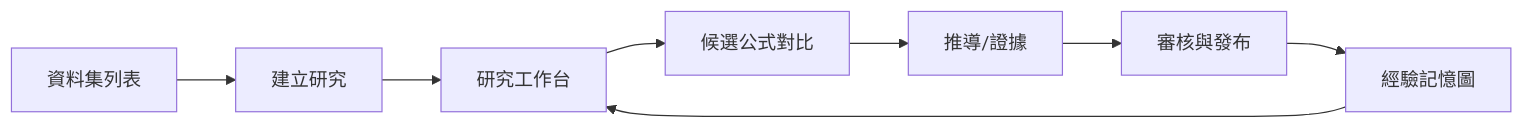
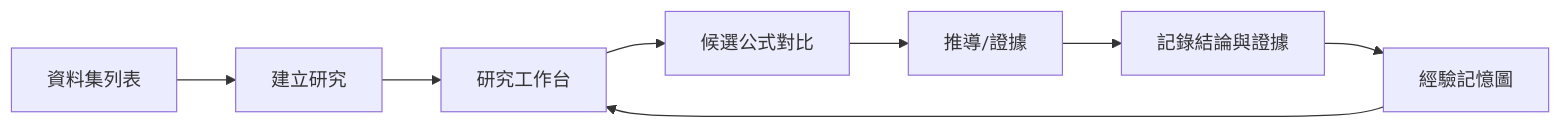
Before and after one commit to lovenovel0618/AXIOM: the second of 2 diagrams in docs/企劃案/08-前端UX/24-畫面線框與互動流程.md, drawn with Mermaid. The commit also changed other lines of this file and 137 other files, not shown here.

````diff
--- a/docs/企劃案/08-前端UX/24-畫面線框與互動流程.md
+++ b/docs/企劃案/08-前端UX/24-畫面線框與互動流程.md
@@ -53,12 +53,12 @@
 ```mermaid
 
 flowchart LR
  A[資料集列表] --> B[建立研究]
  B --> C[研究工作台]
  C --> D[候選公式對比]
  D --> E[推導/證據]
- E --> F[審核與發布]
+ E --> F[記錄結論與證據]
  F --> G[經驗記憶圖]
  G --> C
 
 ```
````
